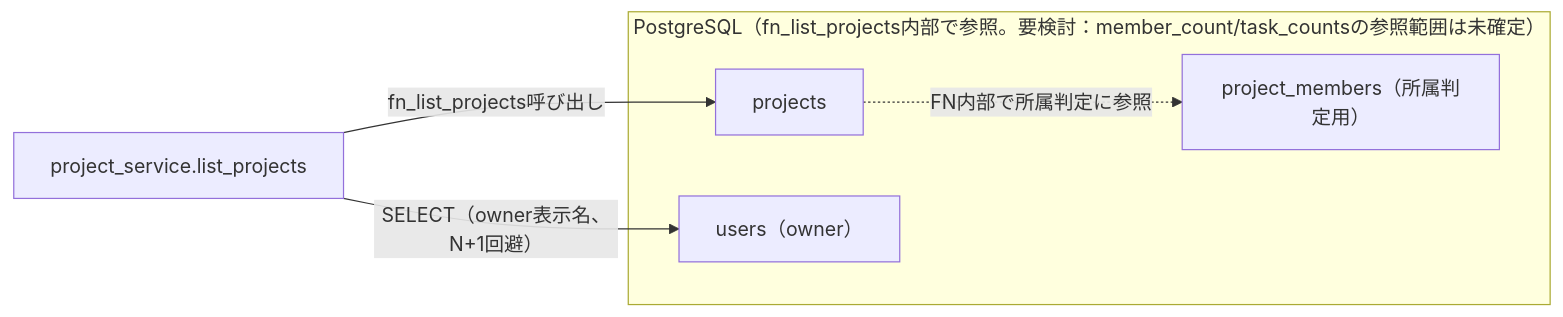
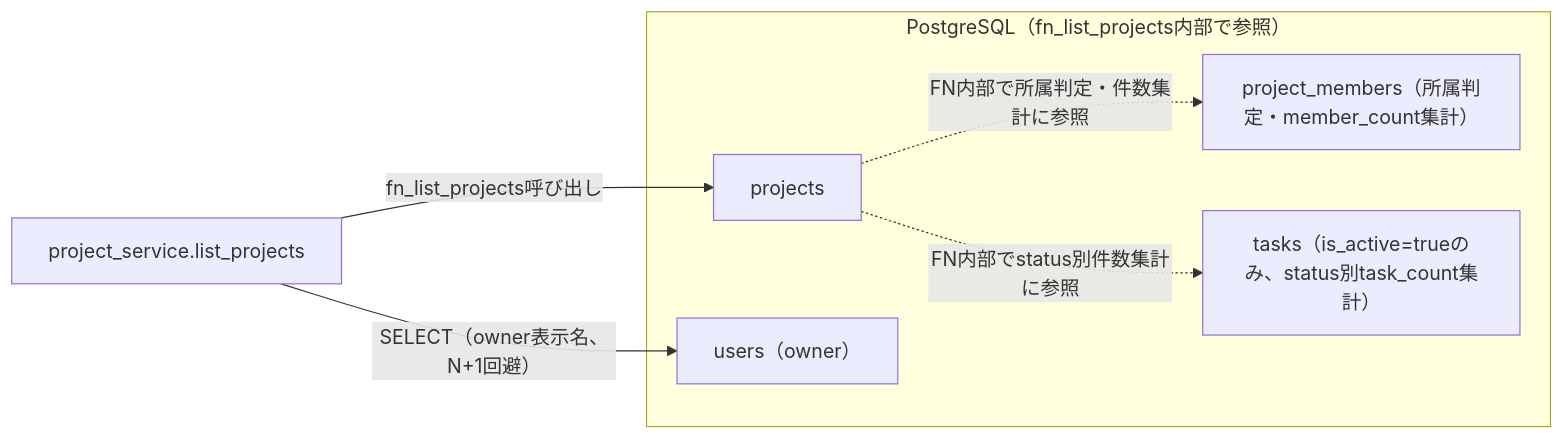
Before and after one commit to oikawa-d/task_management: the fourth of 4 diagrams in detailed_design/api/projects/01_get_projects.md, drawn with Mermaid. The commit also changed other lines of this file and 1 other file, not shown here.

First line of the commit message:
docs: #12 fn_list_projectsにmember_count/task_countsの集計を統合(A案)

````diff
--- a/detailed_design/api/projects/01_get_projects.md
+++ b/detailed_design/api/projects/01_get_projects.md
@@ -211,11 +210,13 @@
 ```mermaid
 flowchart LR
-    subgraph PG["PostgreSQL（fn_list_projects内部で参照。要検討：member_count/task_countsの参照範囲は未確定）"]
+    subgraph PG["PostgreSQL（fn_list_projects内部で参照）"]
         T1["projects"]
-        T2["project_members（所属判定用）"]
+        T2["project_members（所属判定・member_count集計）"]
+        T3["tasks（is_active=trueのみ、status別task_count集計）"]
         T4["users（owner）"]
     end
     S["project_service.list_projects"] -->|"fn_list_projects呼び出し"| T1
-    T1 -.->|"FN内部で所属判定に参照"| T2
+    T1 -.->|"FN内部で所属判定・件数集計に参照"| T2
+    T1 -.->|"FN内部でstatus別件数集計に参照"| T3
     S -->|"SELECT（owner表示名、N+1回避）"| T4
 ```
````
